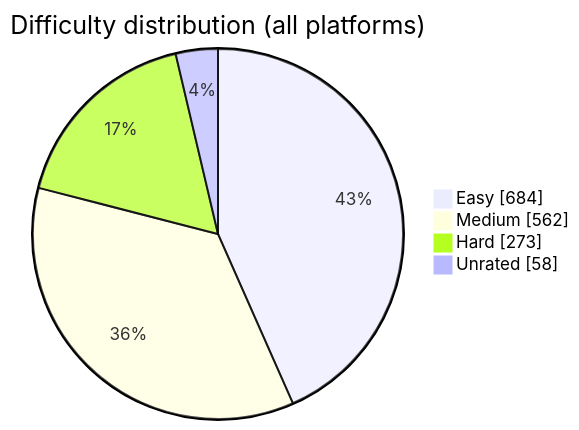
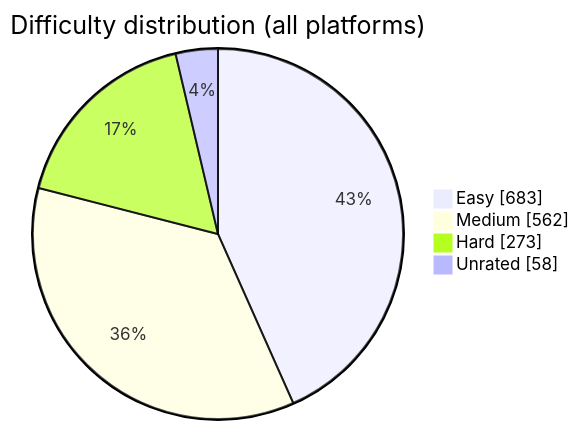
One commit to BuildbyArindam/Daily-Coding-Log changed the diagram in README.md. Above: the diagram before and after it, drawn with Mermaid. The commit also changed other lines of this file, not shown here.

````diff
--- a/README.md
+++ b/README.md
@@ -93,7 +93,7 @@
 ```mermaid
 pie showData title Difficulty distribution (all platforms)
-    "Easy" : 684
+    "Easy" : 683
     "Medium" : 562
     "Hard" : 273
     "Unrated" : 58
 ```
````
